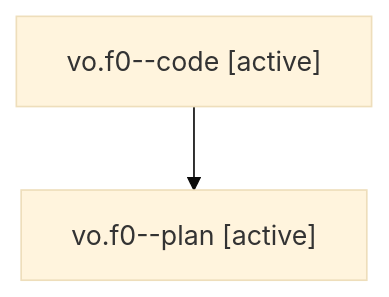
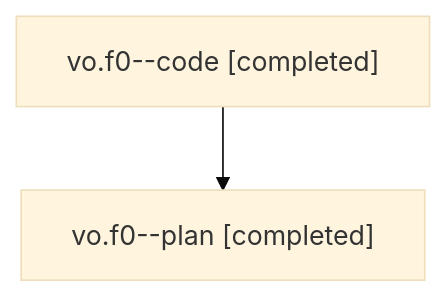
The diagram in families/bbugyi200.athena.vo.f0.md (sase-org/sase--agents), drawn with Mermaid (base theme) before and after one commit. The commit also changed other lines of this file and 1506 other files, not shown here.

````diff
--- a/families/bbugyi200.athena.vo.f0.md
+++ b/families/bbugyi200.athena.vo.f0.md
@@ -9,6 +9,6 @@
 ```mermaid
 flowchart TD
-  n0["vo.f0--code [active]"]
-  n1["vo.f0--plan [active]"]
+  n0["vo.f0--code [completed]"]
+  n1["vo.f0--plan [completed]"]
   n0 --> n1
 ```
````
